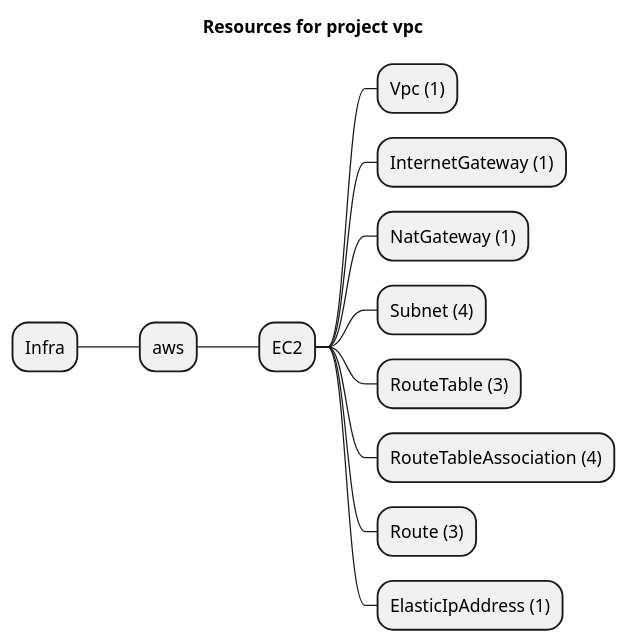
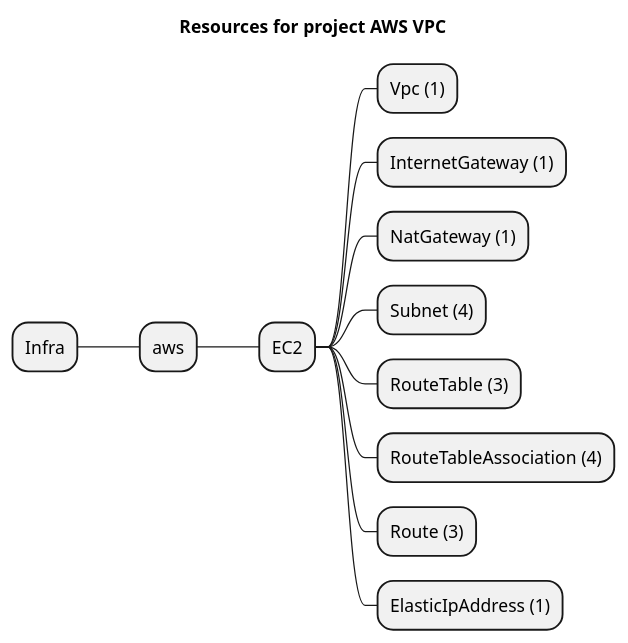
Before and after one commit to grucloud/grucloud: the diagram in examples/aws/ec2/vpc/artifacts/resources-mindmap.puml, drawn with PlantUML. The commit also changed 37 other files, not shown here.

```diff
--- a/examples/aws/ec2/vpc/artifacts/resources-mindmap.puml
+++ b/examples/aws/ec2/vpc/artifacts/resources-mindmap.puml
@@ -1,15 +1,15 @@
 @startmindmap
-title Resources for project vpc
+title Resources for project AWS VPC
 skinparam monochrome true
 + Infra
 ++ aws
 +++ EC2
 ++++ Vpc (1)
 ++++ InternetGateway (1)
 ++++ NatGateway (1)
 ++++ Subnet (4)
 ++++ RouteTable (3)
 ++++ RouteTableAssociation (4)
 ++++ Route (3)
 ++++ ElasticIpAddress (1)
 @endmindmap
```
